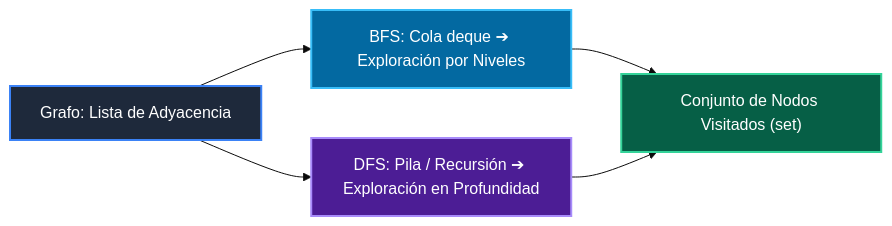
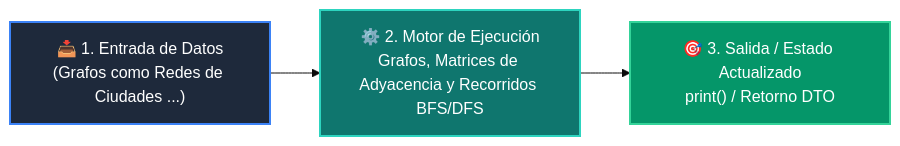
Before and after one commit to wisrovi/wisrovi-python: the diagram in 02-algoritmos-estructuras/clase-07-grafos-y-recorridos/README.md, drawn with Mermaid (base theme). The commit also changed other lines of this file and 54 other files, not shown here.

Commit message:
refactor: clean repository root by moving maintenance scripts to scripts/ and restore rich high-contrast Mermaid diagrams for all classes and examples

````diff
--- a/02-algoritmos-estructuras/clase-07-grafos-y-recorridos/README.md
+++ b/02-algoritmos-estructuras/clase-07-grafos-y-recorridos/README.md
@@ -12,12 +12,9 @@
 ```mermaid
 flowchart LR
-    G["Grafo: Lista de Adyacencia"] --> BFS["BFS: Cola deque ➔ Exploración por Niveles"]
-    G --> DFS["DFS: Pila / Recursión ➔ Exploración en Profundidad"]
-    BFS --> VIS["Conjunto de Nodos Visitados (set)"]
-    DFS --> VIS
+    A["📥 1. Entrada de Datos<br/>(Grafos como Redes de Ciudades ...)"] --> B["⚙️ 2. Motor de Ejecución<br/>Grafos, Matrices de Adyacencia y Recorridos BFS/DFS"]
+    B --> C["🎯 3. Salida / Estado Actualizado<br/>print() / Retorno DTO"]
 
-    style G fill:#1e293b,color:#fff,stroke:#3b82f6,stroke-width:2px
-    style BFS fill:#0369a1,color:#fff,stroke:#38bdf8,stroke-width:2px
-    style DFS fill:#4c1d95,color:#fff,stroke:#a78bfa,stroke-width:2px
-    style VIS fill:#065f46,color:#fff,stroke:#34d399,stroke-width:2px
+    style A fill:#1e293b,color:#ffffff,stroke:#3b82f6,stroke-width:2px
+    style B fill:#0f766e,color:#ffffff,stroke:#2dd4bf,stroke-width:2px
+    style C fill:#059669,color:#ffffff,stroke:#34d399,stroke-width:2px
 ```
````
